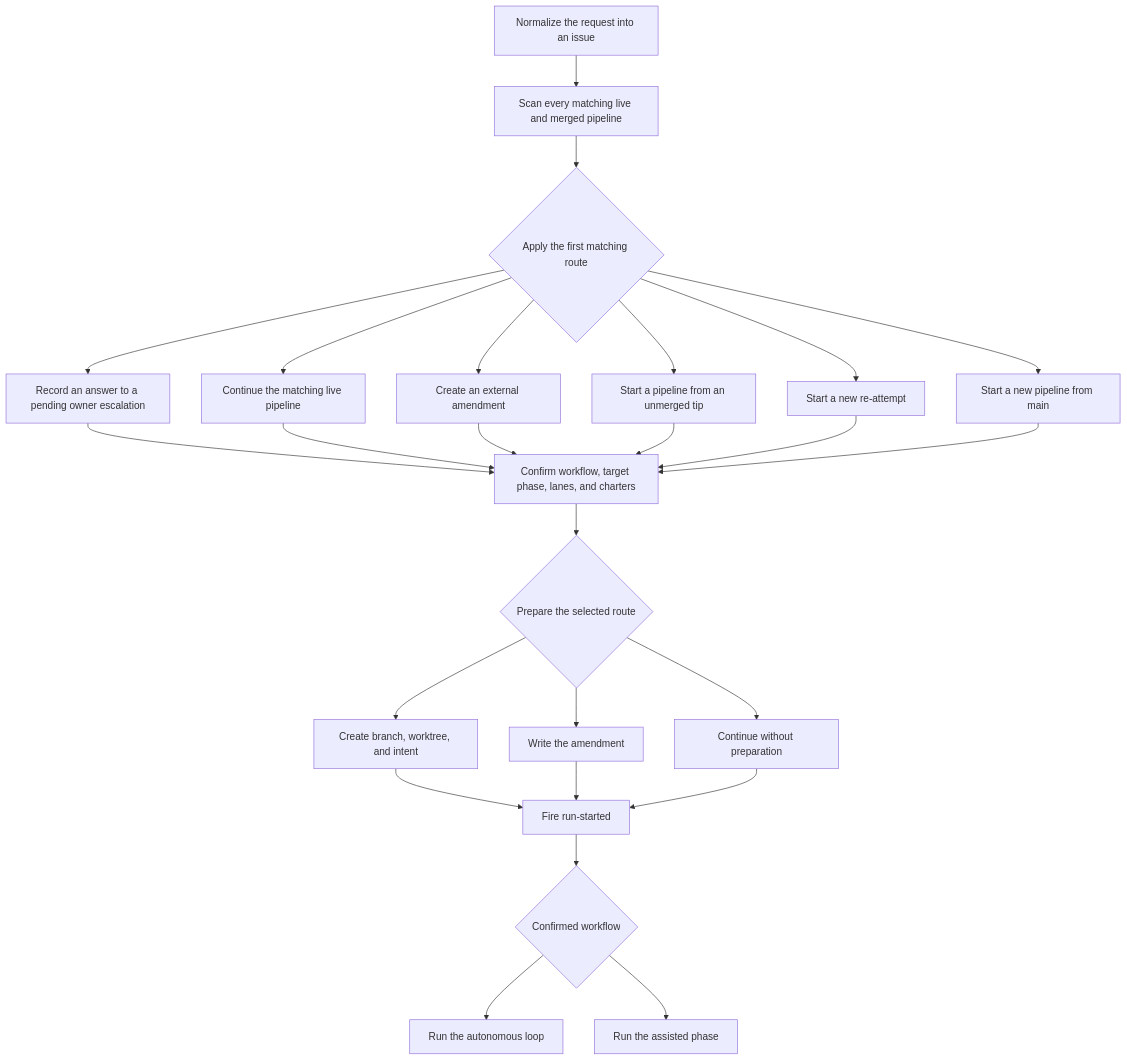
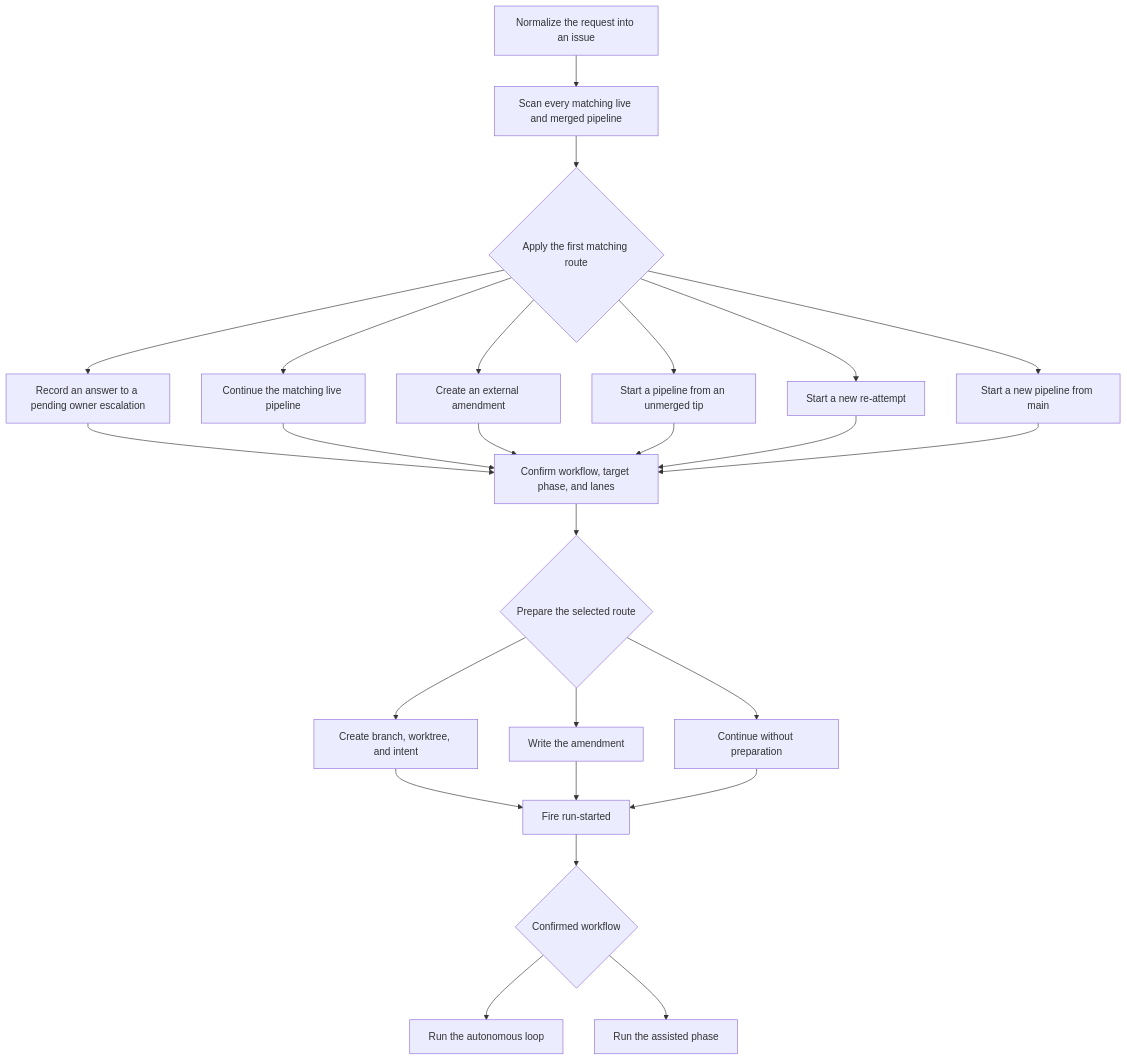
Before and after one commit to Automattic/radical-pipelines: the diagram in docs/flowcharts/triage.md, drawn with Mermaid.

Commit message:
Flowchart: lanes, not charters

````diff
--- a/docs/flowcharts/triage.md
+++ b/docs/flowcharts/triage.md
@@ -5,27 +5,27 @@
 ```mermaid
 flowchart TD
     A["Normalize the request into an issue"] --> B["Scan every matching live and merged pipeline"]
     B --> C{"Apply the first matching route"}
     C --> R1["Record an answer to a pending owner escalation"]
     C --> R2["Continue the matching live pipeline"]
     C --> R3["Create an external amendment"]
     C --> R4["Start a pipeline from an unmerged tip"]
     C --> R5["Start a new re-attempt"]
     C --> R6["Start a new pipeline from main"]
-    R1 --> D["Confirm workflow, target phase, lanes, and charters"]
+    R1 --> D["Confirm workflow, target phase, and lanes"]
     R2 --> D
     R3 --> D
     R4 --> D
     R5 --> D
     R6 --> D
     D --> E{"Prepare the selected route"}
     E --> P1["Create branch, worktree, and intent"]
     E --> P2["Write the amendment"]
     E --> P3["Continue without preparation"]
     P1 --> F["Fire run-started"]
     P2 --> F
     P3 --> F
     F --> G{"Confirmed workflow"}
     G --> H["Run the autonomous loop"]
     G --> I["Run the assisted phase"]
 ```
````
